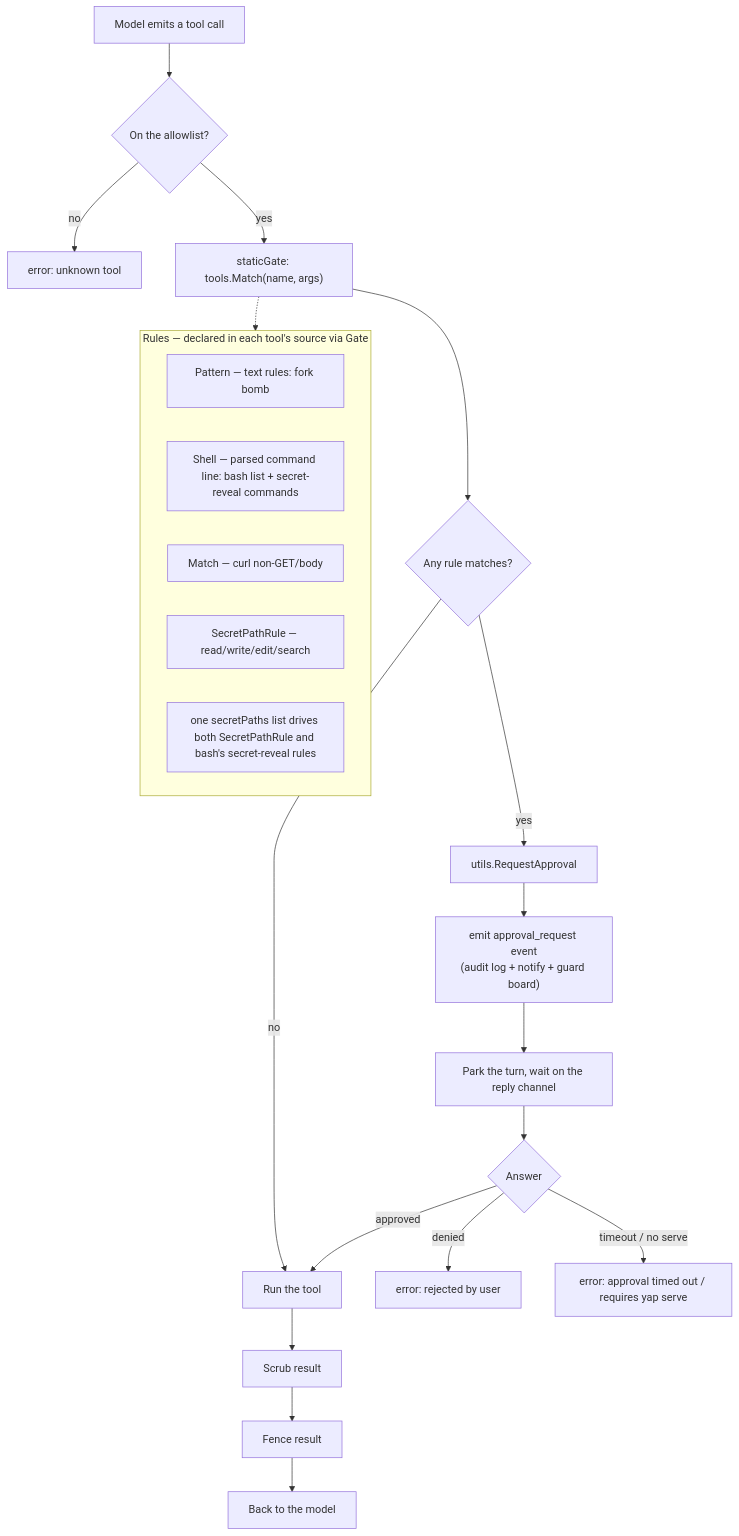
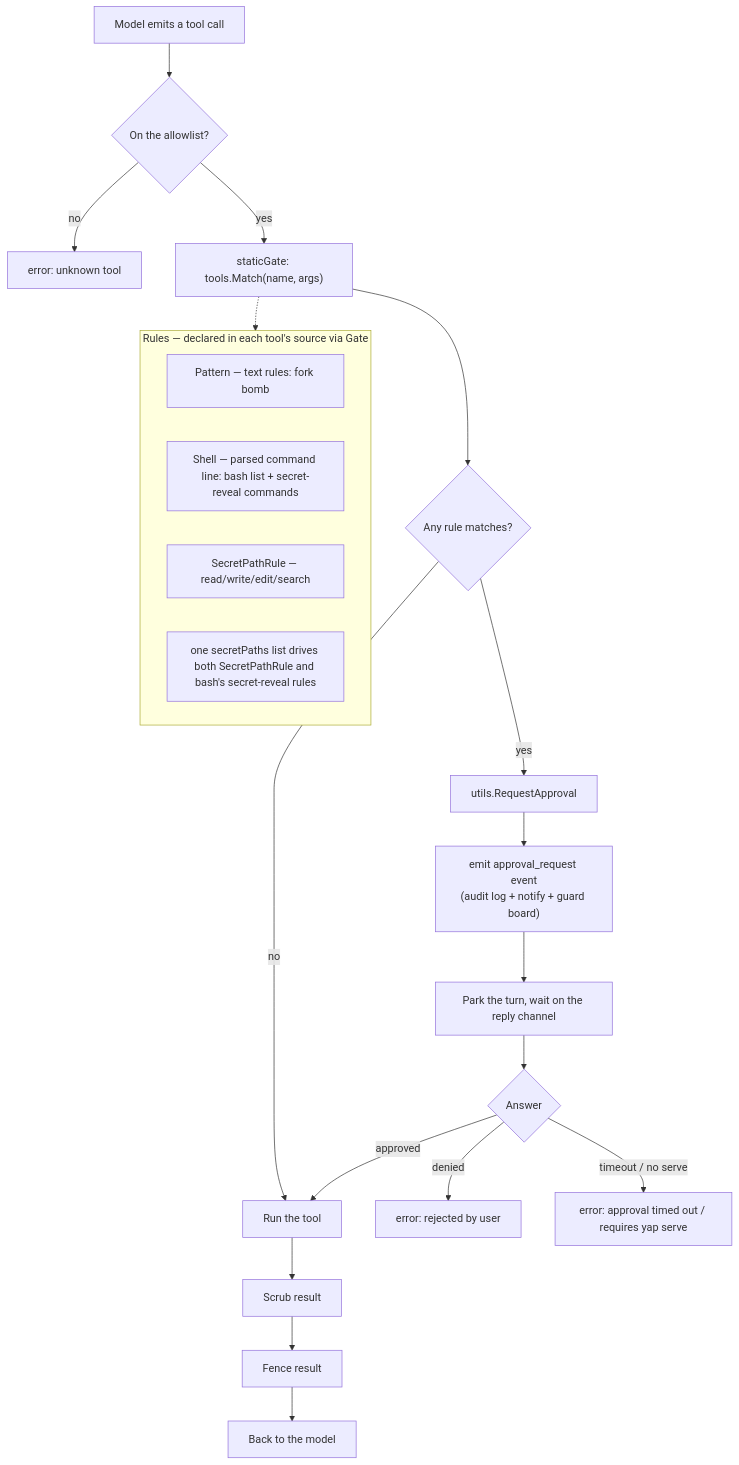
Before and after one commit to noisesfromspace/yap: the second of 3 diagrams in CONTRIBUTING.md, drawn with Mermaid. The commit also changed other lines of this file and 20 other files, not shown here.

````diff
--- a/CONTRIBUTING.md
+++ b/CONTRIBUTING.md
@@ -466,28 +461,27 @@
 ```mermaid
 flowchart TD
     A[Model emits a tool call] --> B{On the allowlist?}
     B -- no --> E1["error: unknown tool"]
     B -- yes --> C["staticGate: tools.Match(name, args)"]
 
     C --> D{Any rule matches?}
     D -- no --> R[Run the tool]
     D -- yes --> G[utils.RequestApproval]
 
     G --> G1["emit approval_request event<br/>(audit log + notify + guard board)"]
     G1 --> G2[Park the turn, wait on the reply channel]
     G2 --> A1{Answer}
     A1 -- approved --> R
     A1 -- denied --> E2["error: <tool> rejected by user"]
     A1 -- timeout / no serve --> E3["error: approval timed out / requires yap serve"]
 
     R --> S[Scrub result] --> F[Fence result] --> M[Back to the model]
 
     subgraph Rules[Rules — declared in each tool's source via Gate]
         RP[Pattern — text rules: fork bomb]
         RSh["Shell — parsed command line: bash list + secret-reveal commands"]
-        RF[Match — curl non-GET/body]
         RS[SecretPathRule — read/write/edit/search]
         RS2["one secretPaths list drives both SecretPathRule and bash's secret-reveal rules"]
     end
     C -.-> Rules
 ```
````
